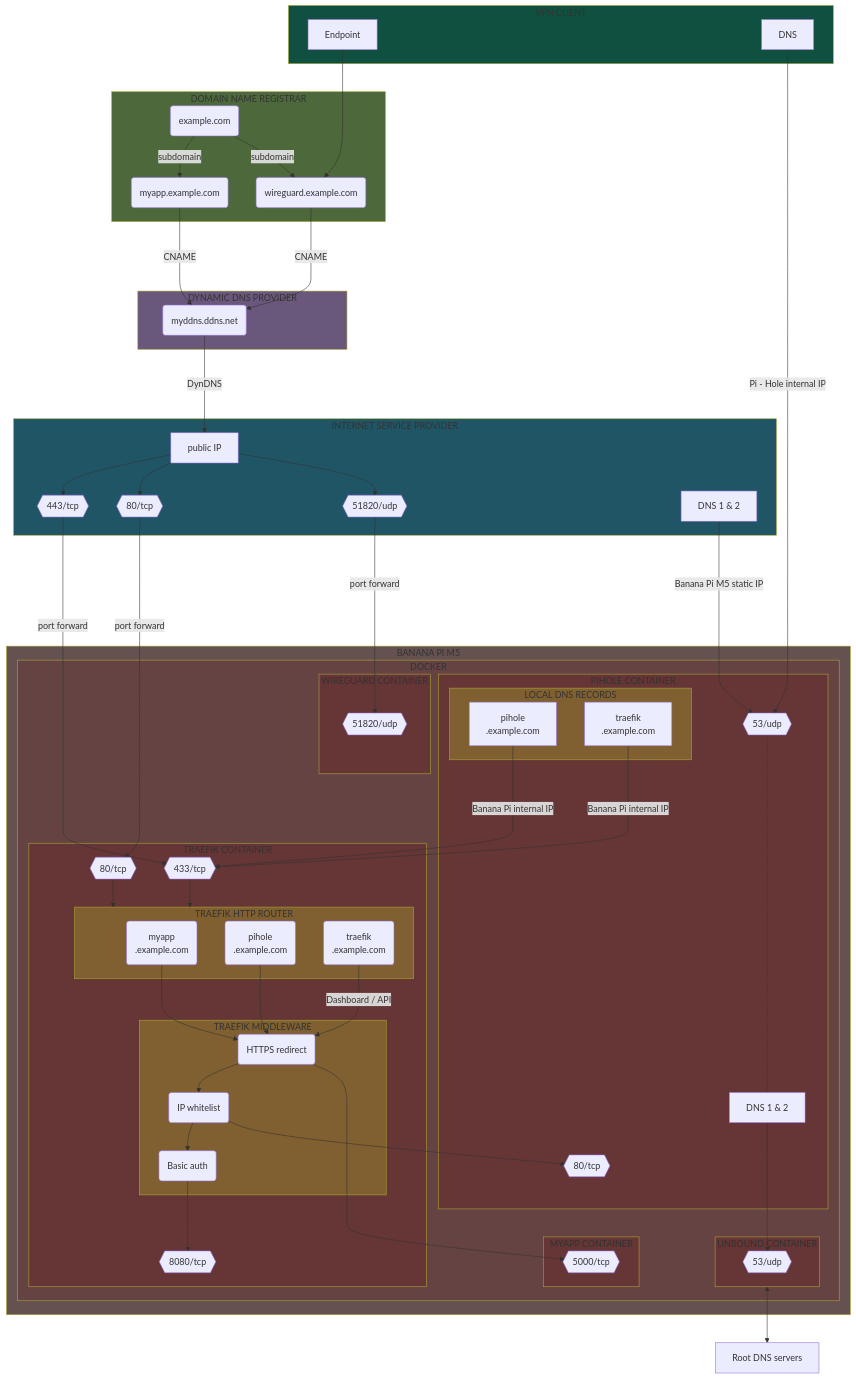
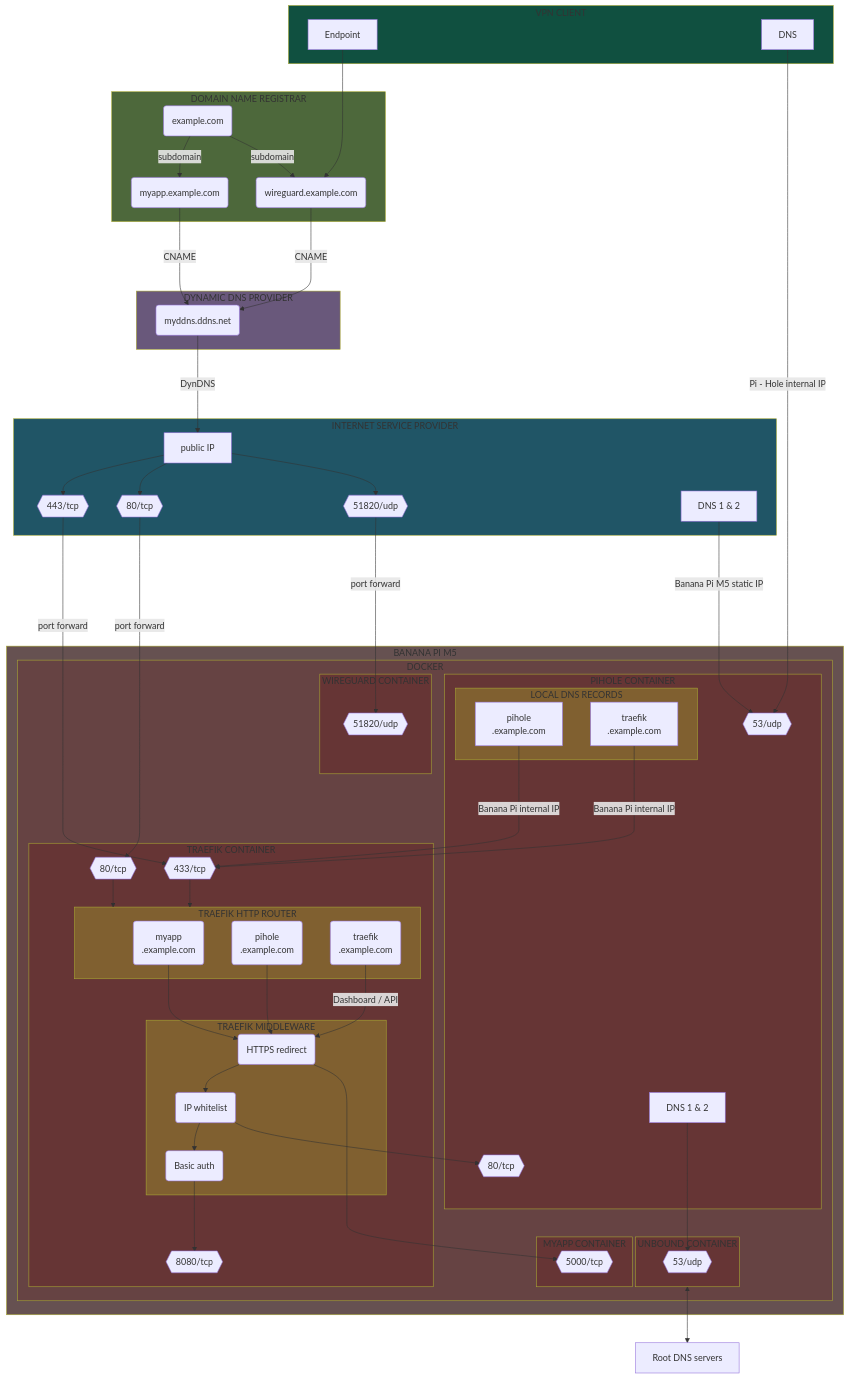
The first of 15 diagrams in README.md (Yann39/self-hosted), drawn with Mermaid before and after one commit. The commit also changed other lines of this file and 1 other file, not shown here.

````diff
--- a/README.md
+++ b/README.md
@@ -294,5 +298,4 @@
     BASIC_AUTH --> DOCKER_TRAEFIK_PORT8080
     DOCKER_PIHOLE_DNS ---> DOCKER_UNBOUND_PORT53
     UNBOUND_CONTAINER <--> ROOT_DNS_SERVERS
-    DOCKER_PIHOLE_PORT53 -.....- DOCKER_PIHOLE_DNS
 ```
````
